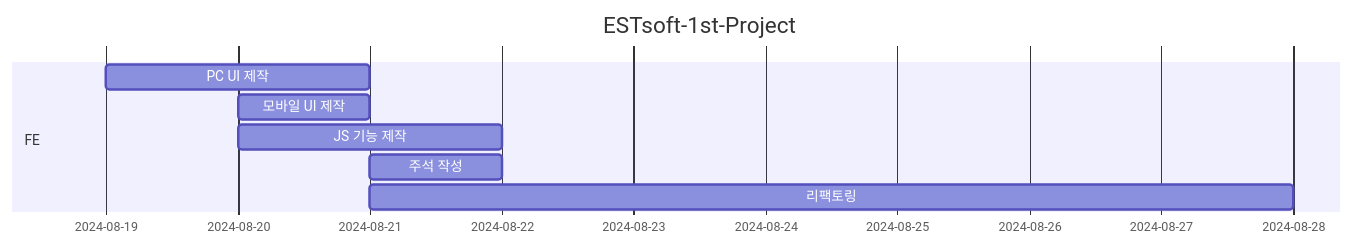
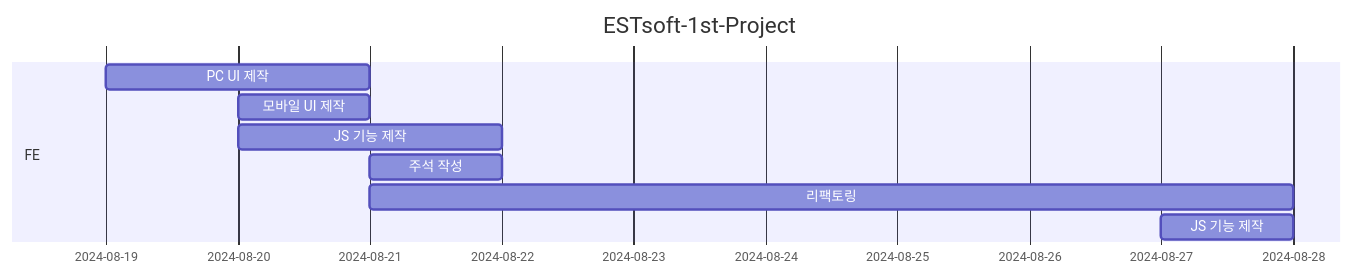
One commit to Jindo-Dog/ESTsoft changed the diagram in README.md. Above: the diagram before and after it, drawn with Mermaid. The commit also changed other lines of this file, not shown here.

````diff
--- a/README.md
+++ b/README.md
@@ -73,11 +75,12 @@
 ```mermaid
 gantt
     title ESTsoft-1st-Project
     dateFormat YY-MM-DD
     section FE
         PC UI 제작:2024-08-19, 2d
         모바일 UI 제작:2024-08-20, 1d
         JS 기능 제작:2024-08-20, 2d
         주석 작성:2024-08-21, 1d
         리팩토링:2024-08-21, 7d
+        JS 기능 제작:2024-08-27, 1d
 ```
````
